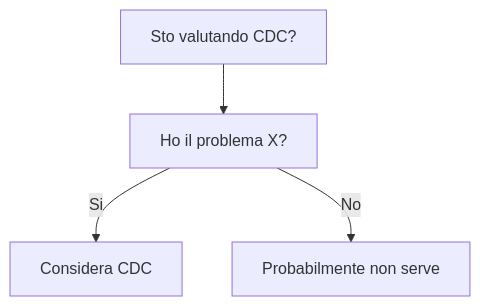
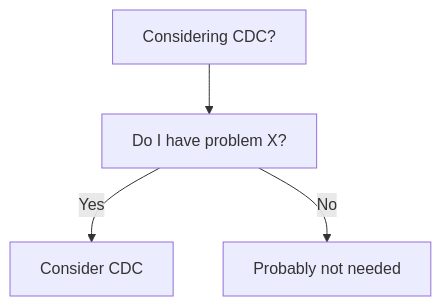
One commit to HxT9/Software-Dev-Wiki changed the diagram in dev-wiki/06_Data_Storage/CDC/When_To_Use.md. Above: the diagram before and after it, drawn with Mermaid. The commit also changed other lines of this file and 3444 other files, not shown here.

````diff
--- a/dev-wiki/06_Data_Storage/CDC/When_To_Use.md
+++ b/dev-wiki/06_Data_Storage/CDC/When_To_Use.md
@@ -19,6 +19,6 @@
 ```mermaid
 flowchart TD
-  Q[Sto valutando CDC?] --> Q1[Ho il problema X?]
-  Q1 -->|Si| OK[Considera CDC]
-  Q1 -->|No| NO[Probabilmente non serve]
+  Q[Considering CDC?] --> Q1[Do I have problem X?]
+  Q1 -->|Yes| OK[Consider CDC]
+  Q1 -->|No| NO[Probably not needed]
 ```
````
